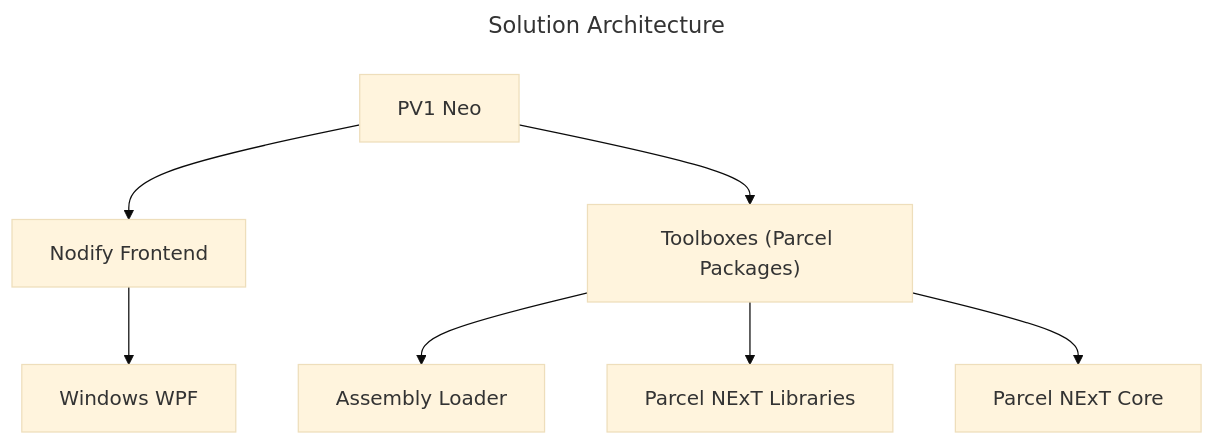
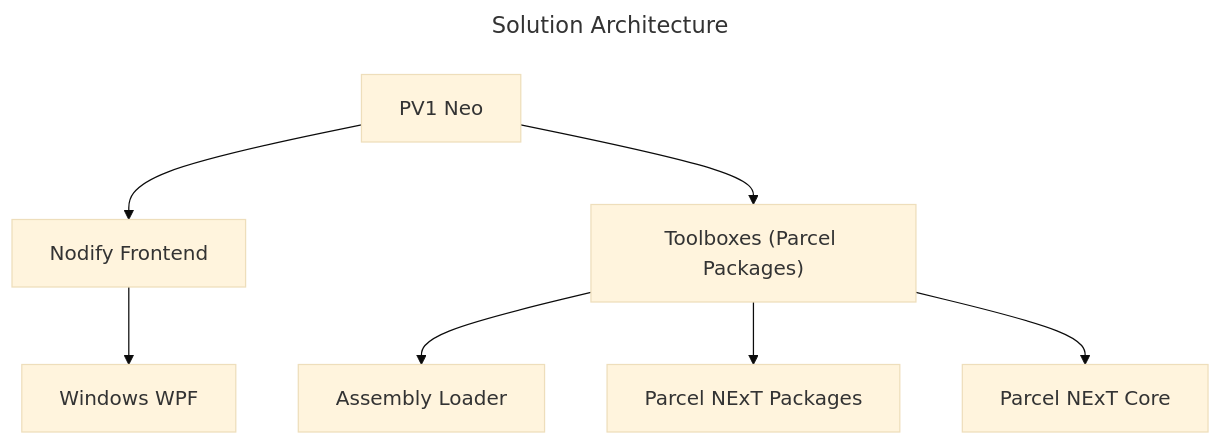
Before and after one commit to Charles-Zhang-Parcel/PV1_Neo_TestBuilds: the diagram in README.md, drawn with Mermaid (base theme). The commit also changed other lines of this file and 4 other files, not shown here.

````diff
--- a/README.md
+++ b/README.md
@@ -13,21 +14,21 @@
 ```mermaid
 ---
 title: Solution Architecture
 ---
 flowchart TD
     id010["PV1 Neo"]
     id020["Nodify Frontend"]
     id040["Parcel NExT Core"]
     id030["Toolboxes (Parcel Packages)"]
     id050["Windows WPF"]
     id060["Assembly Loader"]
-    id070["Parcel NExT Libraries"]
+    id070["Parcel NExT Packages"]
 
     id010 --> id020
     id010 --> id030
     id020 --> id050
 
     id030 --> id060 
     id030 --> id070
     id030 --> id040
 ```
````
